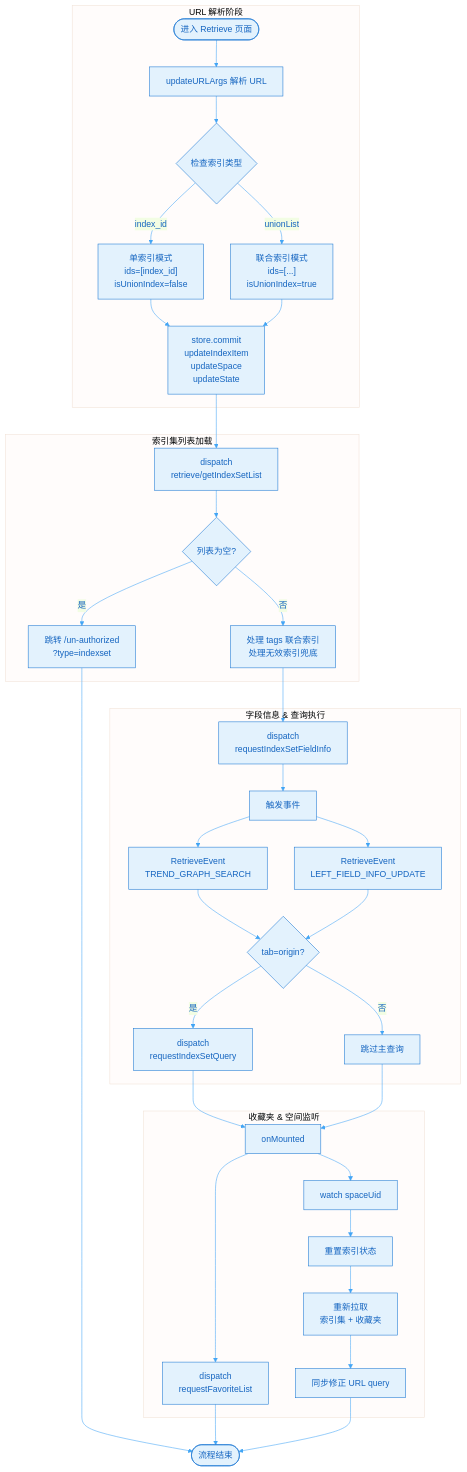
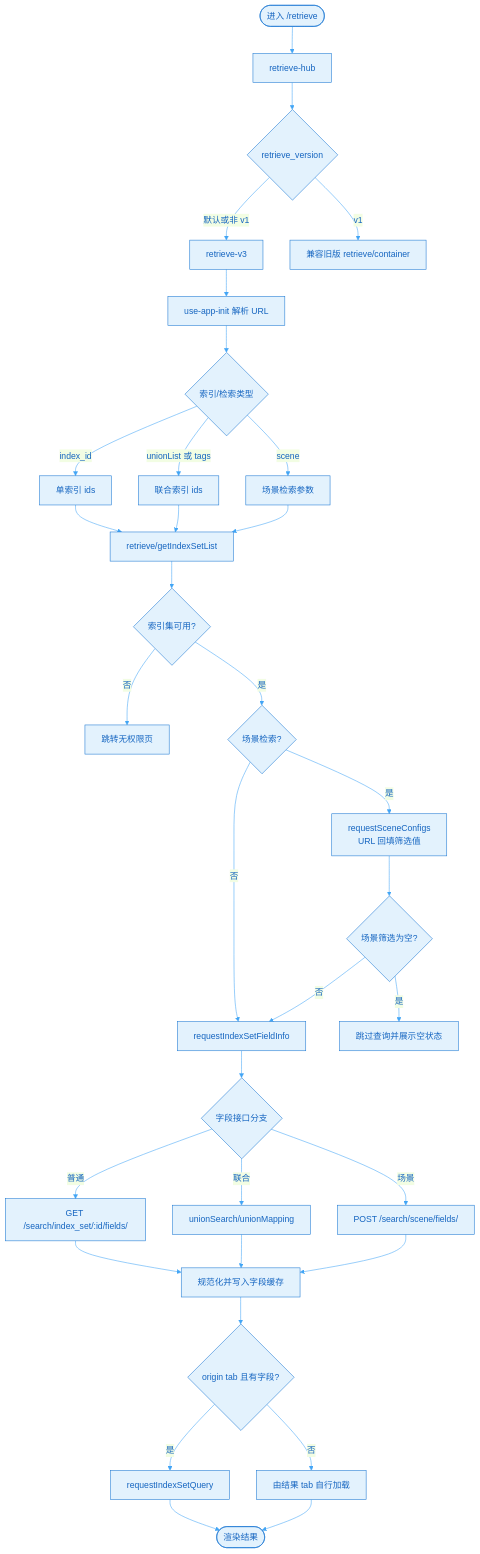
Before and after one commit to TencentBlueKing/bk-monitor: the diagram in bklog/web/.docs/diagrams/D-Retrieve检索模块初始化数据流.mmd, drawn with Mermaid. The commit also changed 19 other files, not shown here.

```diff
--- a/bklog/web/.docs/diagrams/D-Retrieve检索模块初始化数据流.mmd
+++ b/bklog/web/.docs/diagrams/D-Retrieve检索模块初始化数据流.mmd
@@ -1,43 +1,34 @@
-%%{init: {'theme': 'base', 'themeVariables': { 'primaryColor': '#e3f2fd', 'primaryTextColor': '#1565c0', 'primaryBorderColor': '#1976d2', 'lineColor': '#42a5f5'}}}%%
+%%{init: {'theme': 'base', 'themeVariables': {'primaryColor': '#e3f2fd', 'primaryTextColor': '#1565c0', 'primaryBorderColor': '#1976d2', 'lineColor': '#42a5f5'}}}%%
 flowchart TD
-    subgraph "URL 解析阶段"
-        START([进入 Retrieve 页面]) --> PARSE_URL[updateURLArgs 解析 URL]
-        PARSE_URL --> CHECK_INDEX_TYPE{检查索引类型}
-        CHECK_INDEX_TYPE -->|index_id| SINGLE["单索引模式<br/>ids=#91;index_id#93;<br/>isUnionIndex=false"]
-        CHECK_INDEX_TYPE -->|unionList| UNION["联合索引模式<br/>ids=#91;...#93;<br/>isUnionIndex=true"]
-        SINGLE --> COMMIT_STORE
-        UNION --> COMMIT_STORE
-        COMMIT_STORE[store.commit<br/>updateIndexItem<br/>updateSpace<br/>updateState]
-    end
-
-    subgraph "索引集列表加载"
-        COMMIT_STORE --> GET_INDEX_LIST[dispatch<br/>retrieve/getIndexSetList]
-        GET_INDEX_LIST --> CHECK_EMPTY{列表为空?}
-        CHECK_EMPTY -->|是| REDIRECT_UNAUTH[跳转 /un-authorized<br/>?type=indexset]
-        CHECK_EMPTY -->|否| PROCESS_TAGS[处理 tags 联合索引<br/>处理无效索引兜底]
-    end
-
-    subgraph "字段信息 & 查询执行"
-        PROCESS_TAGS --> GET_FIELD_INFO[dispatch<br/>requestIndexSetFieldInfo]
-        GET_FIELD_INFO --> EMIT_EVENTS[触发事件]
-        EMIT_EVENTS --> TREND_EVENT[RetrieveEvent<br/>TREND_GRAPH_SEARCH]
-        EMIT_EVENTS --> FIELD_EVENT[RetrieveEvent<br/>LEFT_FIELD_INFO_UPDATE]
-        TREND_EVENT --> CHECK_TAB{tab=origin?}
-        FIELD_EVENT --> CHECK_TAB
-        CHECK_TAB -->|是| EXEC_QUERY[dispatch<br/>requestIndexSetQuery]
-        CHECK_TAB -->|否| SKIP_QUERY[跳过主查询]
-    end
-
-    subgraph "收藏夹 & 空间监听"
-        EXEC_QUERY --> ON_MOUNTED
-        SKIP_QUERY --> ON_MOUNTED
-        ON_MOUNTED[onMounted] --> GET_FAVORITE[dispatch<br/>requestFavoriteList]
-        ON_MOUNTED --> WATCH_SPACE[watch spaceUid]
-        WATCH_SPACE --> RESET_STATE[重置索引状态]
-        RESET_STATE --> REFETCH[重新拉取<br/>索引集 + 收藏夹]
-        REFETCH --> UPDATE_URL[同步修正 URL query]
-    end
-
-    REDIRECT_UNAUTH --> END_FLOW([流程结束])
-    GET_FAVORITE --> END_FLOW
-    UPDATE_URL --> END_FLOW
+  START([进入 /retrieve]) --> HUB[retrieve-hub]
+  HUB --> VERSION{retrieve_version}
+  VERSION -->|默认或非 v1| V3[retrieve-v3]
+  VERSION -->|v1| LEGACY[兼容旧版 retrieve/container]
+  V3 --> URL[use-app-init 解析 URL]
+  URL --> TYPE{索引/检索类型}
+  TYPE -->|index_id| SINGLE[单索引 ids]
+  TYPE -->|unionList 或 tags| UNION[联合索引 ids]
+  TYPE -->|scene| SCENE[场景检索参数]
+  SINGLE --> LIST[retrieve/getIndexSetList]
+  UNION --> LIST
+  SCENE --> LIST
+  LIST --> VALIDATE{索引集可用?}
+  VALIDATE -->|否| UNAUTH[跳转无权限页]
+  VALIDATE -->|是| CONFIG{场景检索?}
+  CONFIG -->|是| SCENECONFIG[requestSceneConfigs<br/>URL 回填筛选值]
+  CONFIG -->|否| FIELD
+  SCENECONFIG --> EMPTY{场景筛选为空?}
+  EMPTY -->|是| STOP[跳过查询并展示空状态]
+  EMPTY -->|否| FIELD[requestIndexSetFieldInfo]
+  FIELD --> BRANCH{字段接口分支}
+  BRANCH -->|普通| NORMALFIELD[GET /search/index_set/:id/fields/]
+  BRANCH -->|联合| UNIONFIELD[unionSearch/unionMapping]
+  BRANCH -->|场景| SCENEFIELD[POST /search/scene/fields/]
+  NORMALFIELD --> CACHE[规范化并写入字段缓存]
+  UNIONFIELD --> CACHE
+  SCENEFIELD --> CACHE
+  CACHE --> TAB{origin tab 且有字段?}
+  TAB -->|是| QUERY[requestIndexSetQuery]
+  TAB -->|否| RESULTTAB[由结果 tab 自行加载]
+  QUERY --> END([渲染结果])
+  RESULTTAB --> END
```
